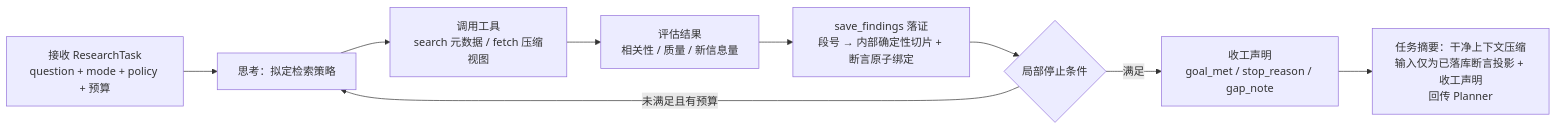
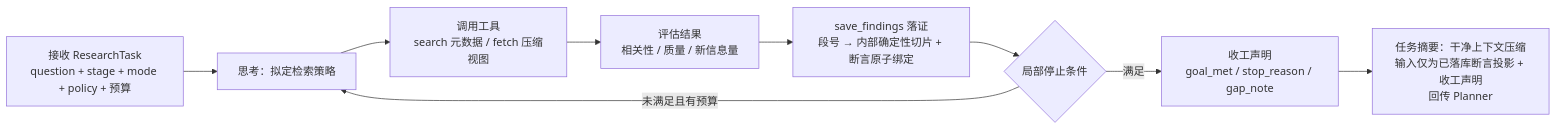
Before and after one commit to ecaps7/Prospector: the second of 6 diagrams in docs/design.md, drawn with Mermaid. The commit also changed other lines of this file and 45 other files, not shown here.

````diff
--- a/docs/design.md
+++ b/docs/design.md
@@ -140,11 +142,11 @@
 ```mermaid
 flowchart LR
-    A[接收 ResearchTask<br/>question + mode + policy + 预算] --> B[思考：拟定检索策略]
+    A[接收 ResearchTask<br/>question + stage + mode + policy + 预算] --> B[思考：拟定检索策略]
     B --> C[调用工具<br/>search 元数据 / fetch 压缩视图]
     C --> D[评估结果<br/>相关性 / 质量 / 新信息量]
     D --> S[save_findings 落证<br/>段号 → 内部确定性切片 + 断言原子绑定]
     S --> E{局部停止条件}
     E -- 未满足且有预算 --> B
     E -- 满足 --> G[收工声明<br/>goal_met / stop_reason / gap_note]
     G --> H[任务摘要：干净上下文压缩<br/>输入仅为已落库断言投影 + 收工声明<br/>回传 Planner]
 ```
````
